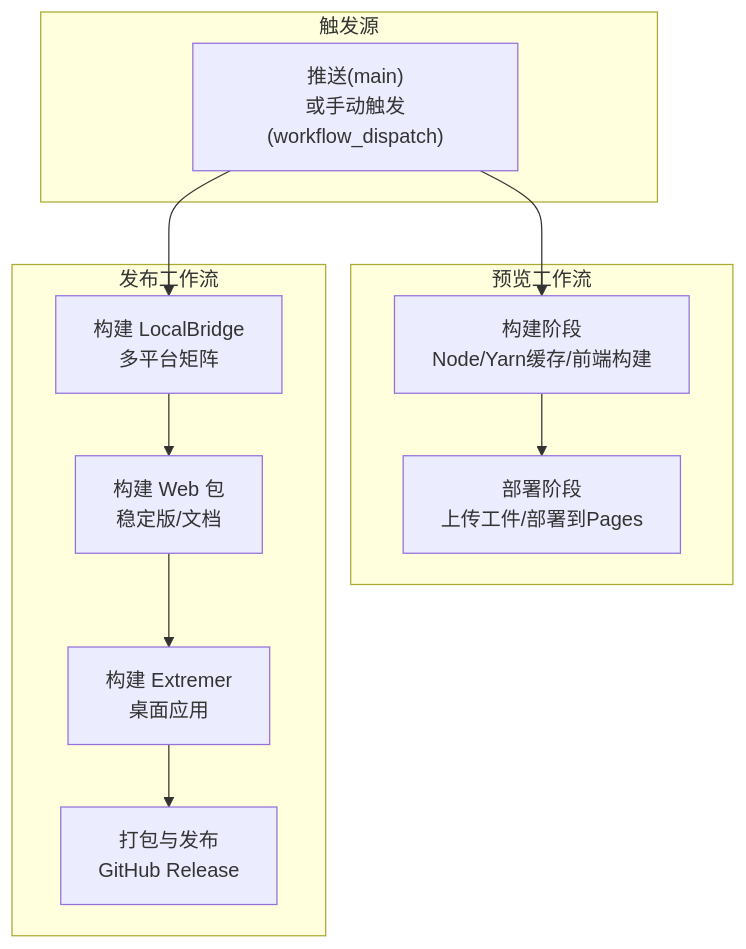
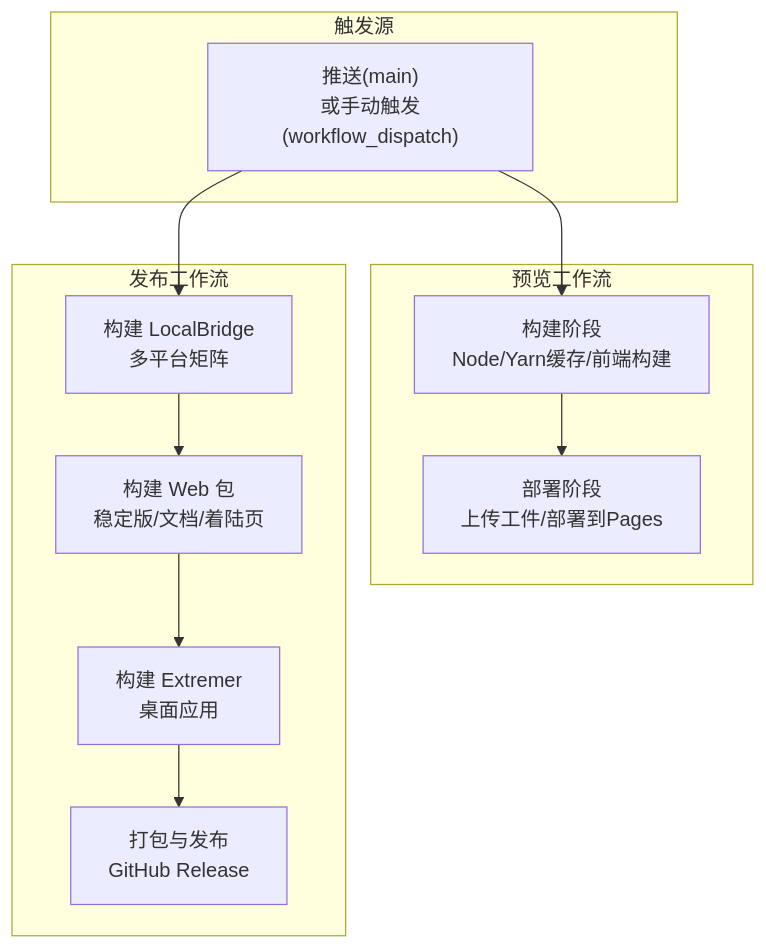
One commit to kqcoxn/MaaPipelineEditor changed the second of 8 diagrams in .qoder/repowiki/zh/content/开发者指南/部署与发布/CI_CD流水线配置.md. Above: the diagram before and after it, drawn with Mermaid. The commit also changed other lines of this file and 8 other files, not shown here.

````diff
--- a/.qoder/repowiki/zh/content/开发者指南/部署与发布/CI_CD流水线配置.md
+++ b/.qoder/repowiki/zh/content/开发者指南/部署与发布/CI_CD流水线配置.md
@@ -91,18 +106,18 @@
 ```mermaid
 graph TB
 subgraph "触发源"
 PUSH["推送(main)<br/>或手动触发(workflow_dispatch)"]
 end
 subgraph "预览工作流"
 P_BUILD["构建阶段<br/>Node/Yarn缓存/前端构建"]
 P_DEPLOY["部署阶段<br/>上传工件/部署到Pages"]
 end
 subgraph "发布工作流"
 R_LB["构建 LocalBridge<br/>多平台矩阵"]
-R_WEB["构建 Web 包<br/>稳定版/文档"]
+R_WEB["构建 Web 包<br/>稳定版/文档/着陆页"]
 R_EXT["构建 Extremer<br/>桌面应用"]
 R_PKG["打包与发布<br/>GitHub Release"]
 end
 PUSH --> P_BUILD --> P_DEPLOY
 PUSH --> R_LB --> R_WEB --> R_EXT --> R_PKG
 ```
````
